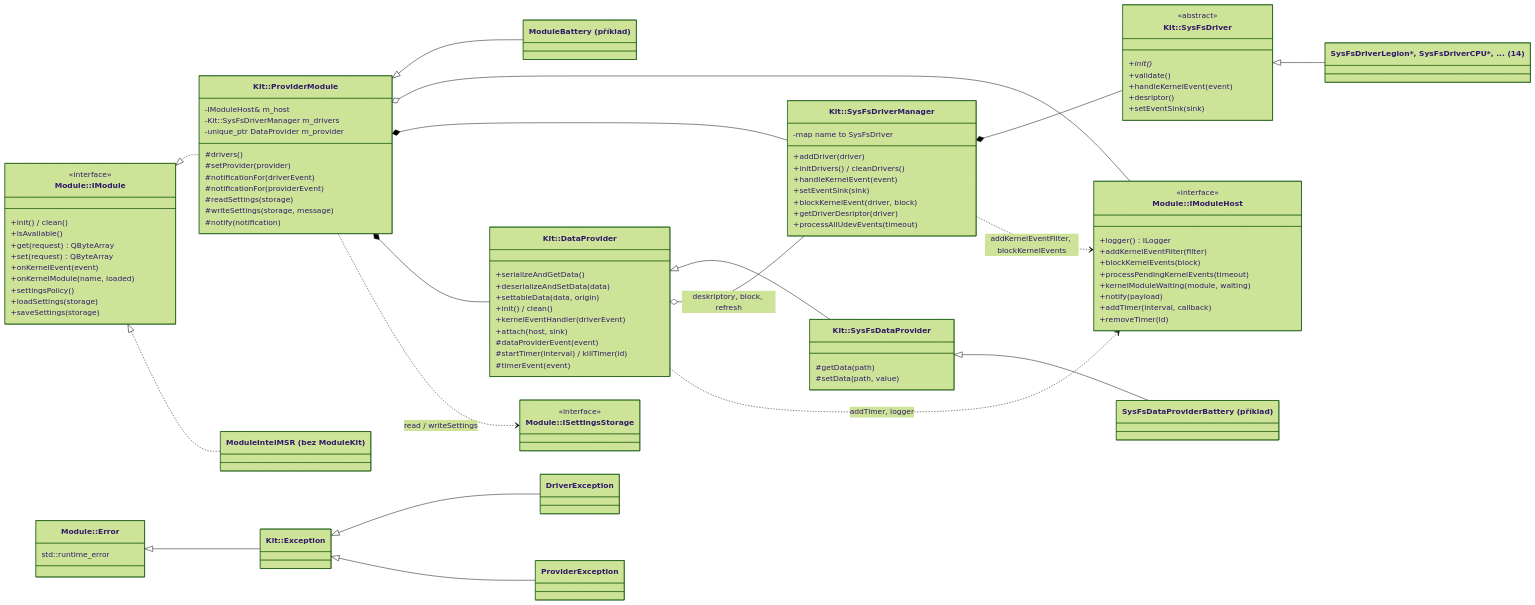
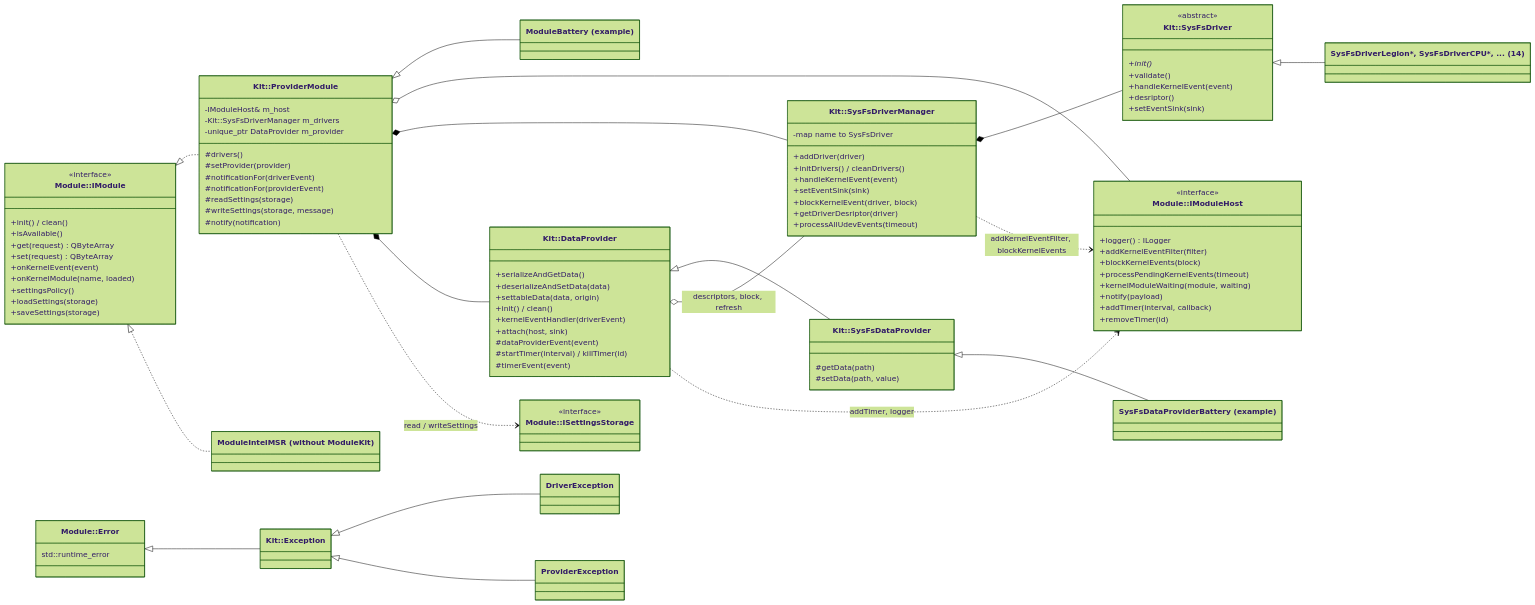
Before and after one commit to bolekjar/lenovo-legion-linux-toolkit: the second of 7 diagrams in LenovoLegion/LenovoLegion-Daemon/ModulesDesign.md, drawn with Mermaid (forest theme). The commit also changed other lines of this file and 2 other files, not shown here.

````diff
--- a/LenovoLegion/LenovoLegion-Daemon/ModulesDesign.md
+++ b/LenovoLegion/LenovoLegion-Daemon/ModulesDesign.md
@@ -748,8 +748,8 @@
     }
     IModule <|.. ProviderModule
 
-    class ModuleBattery["ModuleBattery (příklad)"]
-    class ModuleIntelMSR["ModuleIntelMSR (bez ModuleKit)"]
+    class ModuleBattery["ModuleBattery (example)"]
+    class ModuleIntelMSR["ModuleIntelMSR (without ModuleKit)"]
     ProviderModule <|-- ModuleBattery
     IModule <|.. ModuleIntelMSR
 
@@ -789,7 +789,7 @@
         #getData(path)
         #setData(path, value)
     }
-    class SysFsDataProviderBattery["SysFsDataProviderBattery (příklad)"]
+    class SysFsDataProviderBattery["SysFsDataProviderBattery (example)"]
     KitDataProvider <|-- KitSysFsDataProvider
     KitSysFsDataProvider <|-- SysFsDataProviderBattery
 
@@ -803,7 +803,7 @@
     ProviderModule *-- KitDataProvider
     KitSysFsDriverManager *-- KitSysFsDriver
     KitSysFsDriverManager ..> IModuleHost : addKernelEventFilter, blockKernelEvents
-    KitDataProvider o-- KitSysFsDriverManager : deskriptory, block, refresh
+    KitDataProvider o-- KitSysFsDriverManager : descriptors, block, refresh
     KitDataProvider ..> IModuleHost : addTimer, logger
     ProviderModule ..> ISettingsStorage : read / writeSettings
 ```
````
